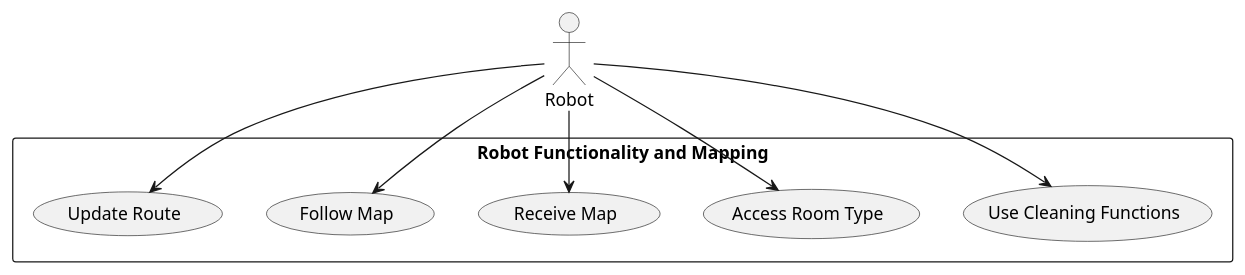
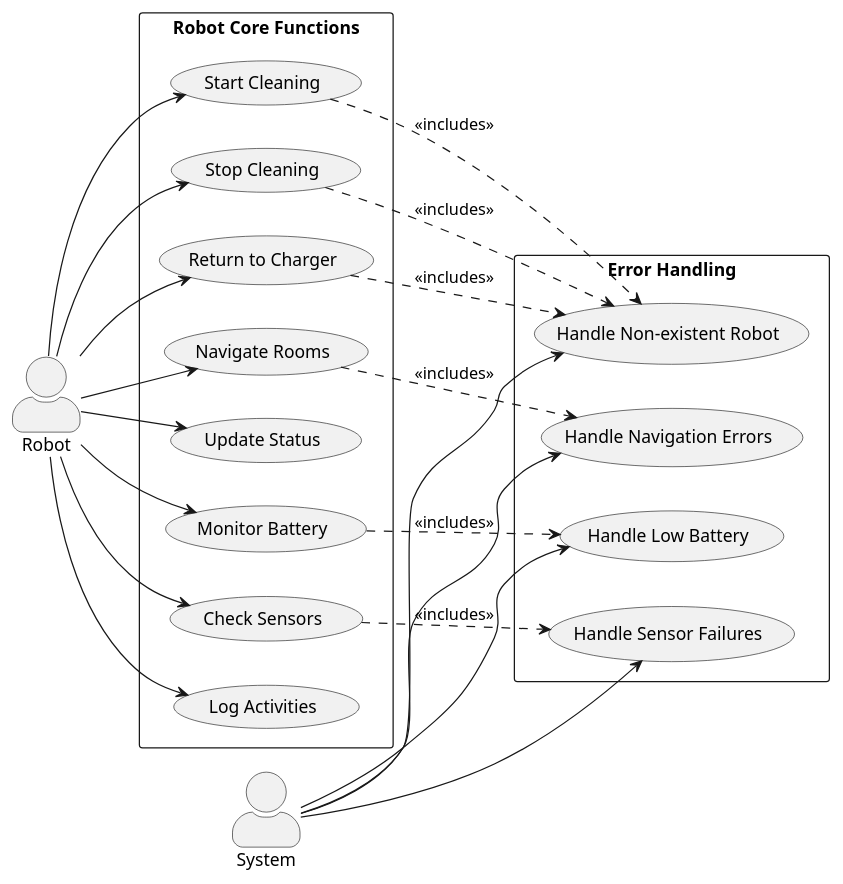
Before and after one commit to ur-swe-fa24/main-project-winners-inc: the diagram in docs/design/UseCases/UseCase_RobotFunctions.puml, drawn with PlantUML. The commit also changed 19 other files, not shown here.

First line of the commit message:
docs: Update UML diagrams

```diff
--- a/docs/design/UseCases/UseCase_RobotFunctions.puml
+++ b/docs/design/UseCases/UseCase_RobotFunctions.puml
@@ -1,16 +1,50 @@
 @startuml RobotFunctions
+left to right direction
+skinparam actorStyle awesome
+
 actor "Robot" as R
-rectangle "Robot Functionality and Mapping" {
-  usecase "Use Cleaning Functions" as UC1
-  usecase "Access Room Type" as UC2
-  usecase "Receive Map" as UC3
-  usecase "Follow Map" as UC4
-  usecase "Update Route" as UC5
+actor "System" as S
+
+rectangle "Robot Core Functions" {
+    usecase "Start Cleaning" as UC1
+    usecase "Stop Cleaning" as UC2
+    usecase "Return to Charger" as UC3
+    usecase "Navigate Rooms" as UC4
+    usecase "Update Status" as UC5
+    usecase "Monitor Battery" as UC6
+    usecase "Check Sensors" as UC7
+    usecase "Log Activities" as UC8
 }
 
+rectangle "Error Handling" {
+    usecase "Handle Non-existent Robot" as ERR1
+    usecase "Handle Navigation Errors" as ERR2
+    usecase "Handle Low Battery" as ERR3
+    usecase "Handle Sensor Failures" as ERR4
+}
+
+' Robot interactions
 R --> UC1
 R --> UC2
 R --> UC3
 R --> UC4
 R --> UC5
+R --> UC6
+R --> UC7
+R --> UC8
+
+' System interactions
+S --> ERR1
+S --> ERR2
+S --> ERR3
+S --> ERR4
+
+' Relationships
+UC6 ..> ERR3 : <<includes>>
+UC7 ..> ERR4 : <<includes>>
+UC4 ..> ERR2 : <<includes>>
+UC1 ..> ERR1 : <<includes>>
+UC2 ..> ERR1 : <<includes>>
+UC3 ..> ERR1 : <<includes>>
+
 @enduml
```
